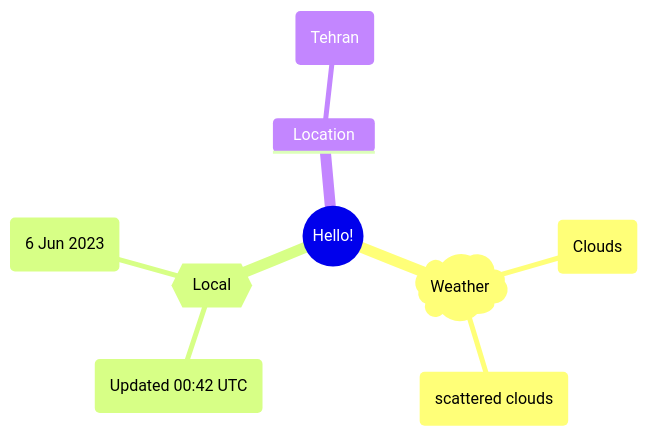
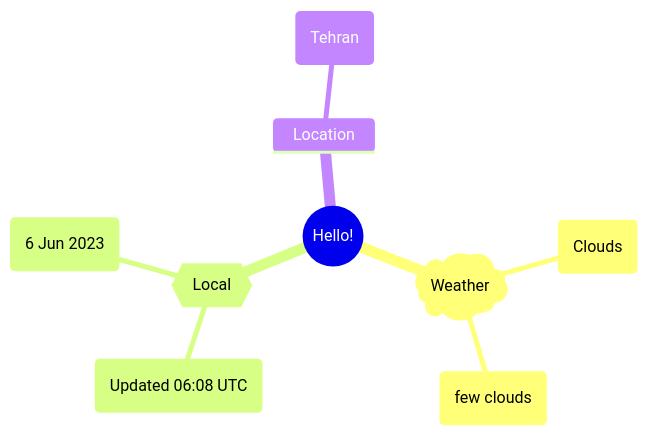
One commit to Xosrov/Xosrov changed the first of 2 diagrams in README.md. Above: the diagram before and after it, drawn with Mermaid.

Commit message:
[bot] updated images

````diff
--- a/README.md
+++ b/README.md
@@ -3,12 +3,12 @@
 ```mermaid
 mindmap
   root((Hello!))
     )Weather(
         (Clouds)
-        (scattered clouds)
+        (few clouds)
     {{Local}}
-        (Updated 00:42 UTC)
+        (Updated 06:08 UTC)
         (6 Jun 2023)
     Location
         (Tehran)
 ```
````
